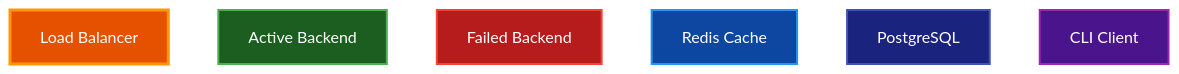
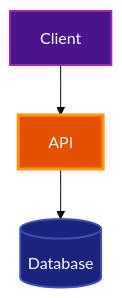
One commit to paulrobello/webllm changed the second of 3 diagrams in docs/DOCUMENTATION_STYLE_GUIDE.md. Above: the diagram before and after it, drawn with Mermaid (forest theme). The commit also changed other lines of this file, not shown here.

````diff
--- a/docs/DOCUMENTATION_STYLE_GUIDE.md
+++ b/docs/DOCUMENTATION_STYLE_GUIDE.md
@@ -168,16 +357,17 @@
 ```mermaid
 graph TD
-    LB[Load Balancer]
-    Backend[Active Backend]
-    Failed[Failed Backend]
-    Redis[Redis Cache]
-    PG[PostgreSQL]
-    Client[CLI Client]
+    Client[Client]
+    API[API]
+    DB[(Database)]
 
-    style LB fill:#e65100,stroke:#ff9800,stroke-width:3px,color:#ffffff
-    style Backend fill:#1b5e20,stroke:#4caf50,stroke-width:2px,color:#ffffff
-    style Failed fill:#b71c1c,stroke:#f44336,stroke-width:2px,color:#ffffff
-    style Redis fill:#0d47a1,stroke:#2196f3,stroke-width:2px,color:#ffffff
-    style PG fill:#1a237e,stroke:#3f51b5,stroke-width:2px,color:#ffffff
-    style Client fill:#4a148c,stroke:#9c27b0,stroke-width:2px,color:#ffffff
+    Client --> API
+    API --> DB
+
+    class Client external
+    class API primary
+    class DB database
+
+    classDef primary fill:#e65100,stroke:#ff9800,stroke-width:3px,color:#ffffff
+    classDef database fill:#1a237e,stroke:#3f51b5,stroke-width:2px,color:#ffffff
+    classDef external fill:#4a148c,stroke:#9c27b0,stroke-width:2px,color:#ffffff
 ```
````
